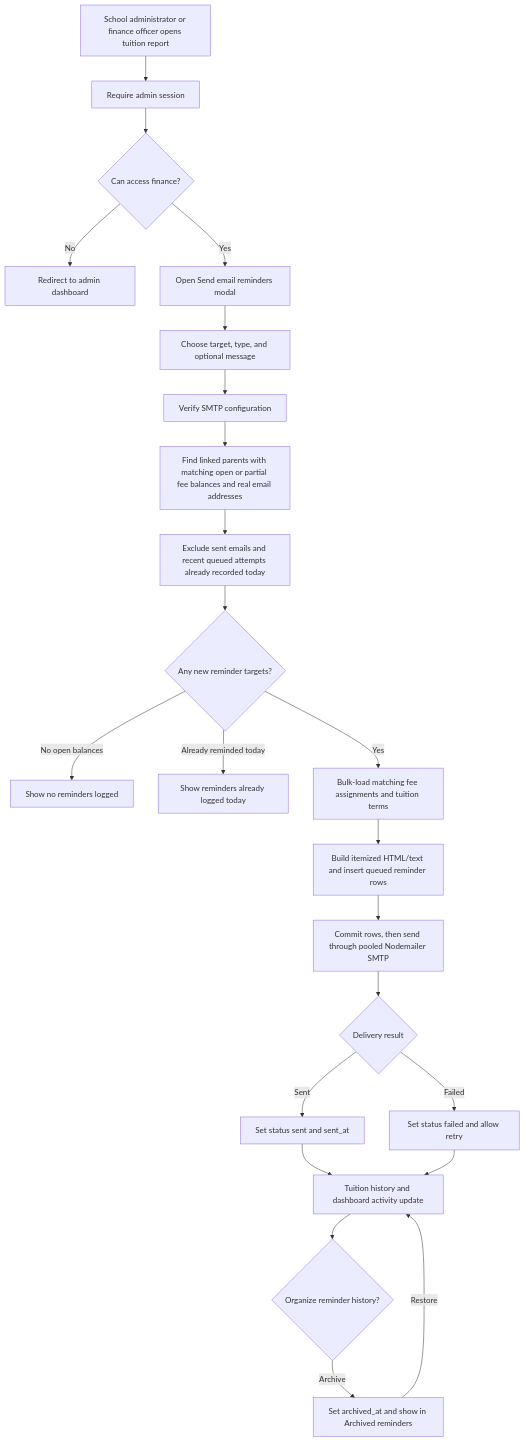
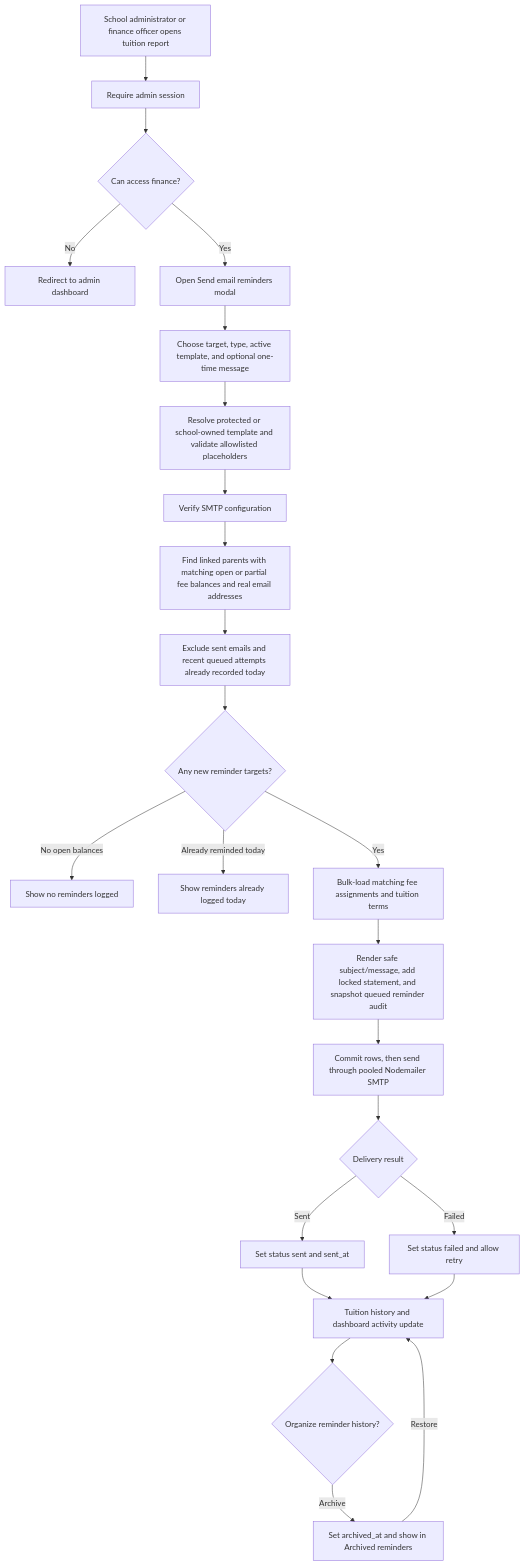
Before and after one commit to Xeyn19/xmetapay: diagram 21 of 22 in docs/PROJECT_FLOWCHARTS.md, drawn with Mermaid. The commit also changed other lines of this file and 23 other files, not shown here.

````diff
--- a/docs/PROJECT_FLOWCHARTS.md
+++ b/docs/PROJECT_FLOWCHARTS.md
@@ -768,25 +768,26 @@
 ```mermaid
 flowchart TD
   A["School administrator or finance officer opens tuition report"] --> B["Require admin session"]
   B --> C{"Can access finance?"}
   C -->|No| D["Redirect to admin dashboard"]
   C -->|Yes| E["Open Send email reminders modal"]
-  E --> E2["Choose target, type, and optional message"]
-  E2 --> F["Verify SMTP configuration"]
+  E --> E2["Choose target, type, active template, and optional one-time message"]
+  E2 --> E3["Resolve protected or school-owned template and validate allowlisted placeholders"]
+  E3 --> F["Verify SMTP configuration"]
   F --> G["Find linked parents with matching open or partial fee balances and real email addresses"]
   G --> G2["Exclude sent emails and recent queued attempts already recorded today"]
   G2 --> H{"Any new reminder targets?"}
   H -->|No open balances| I["Show no reminders logged"]
   H -->|Already reminded today| J["Show reminders already logged today"]
   H -->|Yes| H2["Bulk-load matching fee assignments and tuition terms"]
-  H2 --> K["Build itemized HTML/text and insert queued reminder rows"]
+  H2 --> K["Render safe subject/message, add locked statement, and snapshot queued reminder audit"]
   K --> L["Commit rows, then send through pooled Nodemailer SMTP"]
   L --> M{"Delivery result"}
   M -->|Sent| N["Set status sent and sent_at"]
   M -->|Failed| O["Set status failed and allow retry"]
   N --> P["Tuition history and dashboard activity update"]
   O --> P
   P --> Q{"Organize reminder history?"}
   Q -->|Archive| R["Set archived_at and show in Archived reminders"]
   R -->|Restore| P
 ```
````
